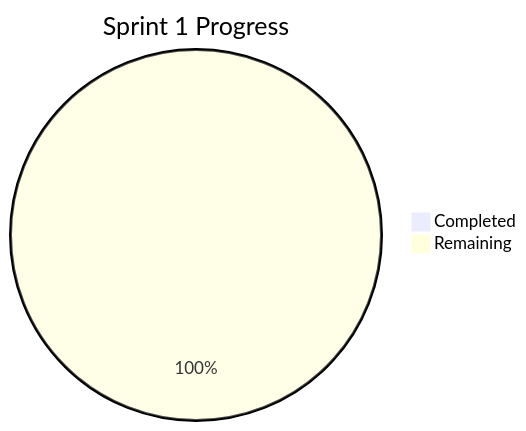
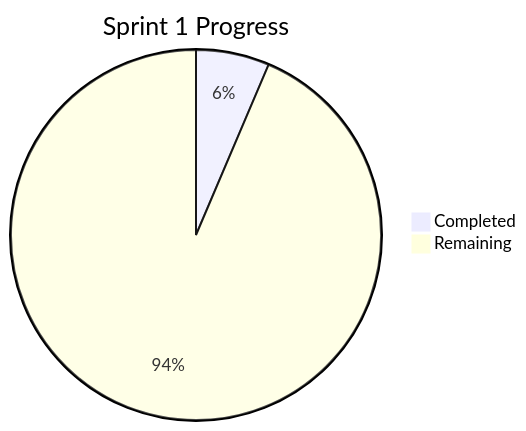
The diagram in Sprint1/DAILY_LOG.md (nerdpudding/pptx_poc), drawn with Mermaid before and after one commit. The commit also changed other lines of this file and 2 other files, not shown here.

Commit message:
Update Sprint 1 logs and checklist with completed tasks and progress metrics

````diff
--- a/Sprint1/DAILY_LOG.md
+++ b/Sprint1/DAILY_LOG.md
@@ -31,5 +31,5 @@
 ```mermaid
 pie title Sprint 1 Progress
-    "Completed" : 0
-    "Remaining" : 78
+    "Completed" : 5
+    "Remaining" : 73
 ```
````
